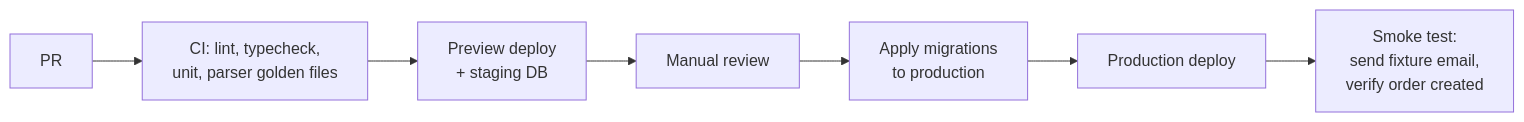
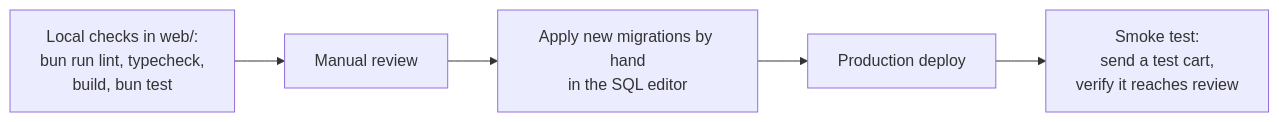
One commit to apalumbiLS/DeliveryApp changed the diagram in docs/architecture/11-deployment-and-environments.md. Above: the diagram before and after it, drawn with Mermaid. The commit also changed other lines of this file and 32 other files, not shown here.

````diff
--- a/docs/architecture/11-deployment-and-environments.md
+++ b/docs/architecture/11-deployment-and-environments.md
@@ -181,9 +194,7 @@
 ```mermaid
 flowchart LR
-    A[PR] --> B[CI: lint, typecheck,<br/>unit, parser golden files]
-    B --> C[Preview deploy<br/>+ staging DB]
-    C --> D[Manual review]
-    D --> E[Apply migrations<br/>to production]
-    E --> F[Production deploy]
-    F --> G[Smoke test:<br/>send fixture email,<br/>verify order created]
+    A["Local checks in web/:<br/>bun run lint, typecheck,<br/>build, bun test"] --> B[Manual review]
+    B --> C["Apply new migrations by hand<br/>in the SQL editor"]
+    C --> D[Production deploy]
+    D --> E["Smoke test:<br/>send a test cart,<br/>verify it reaches review"]
 ```
````
